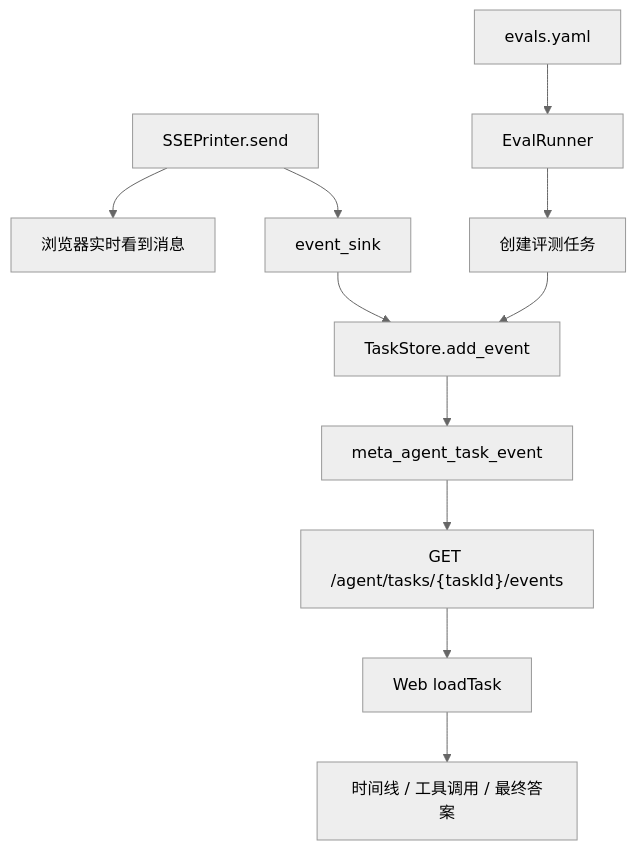
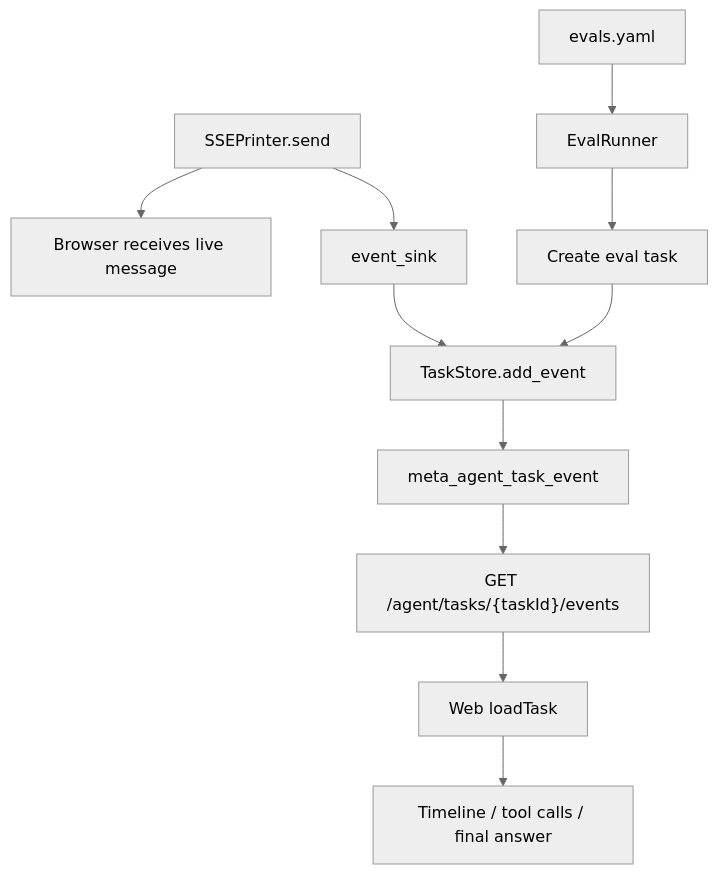
Diagram 14 of 18 in README.md (youkuxiaobin/task-pilot-agent), drawn with Mermaid (neutral theme) before and after one commit. The commit also changed other lines of this file and 1 other file, not shown here.

````diff
--- a/README.md
+++ b/README.md
@@ -279,13 +296,13 @@
 ```mermaid
 flowchart TD
-  A["SSEPrinter.send"] --> B["浏览器实时看到消息"]
+  A["SSEPrinter.send"] --> B["Browser receives live message"]
   A --> C["event_sink"]
   C --> D["TaskStore.add_event"]
   D --> E["meta_agent_task_event"]
   E --> F["GET /agent/tasks/{taskId}/events"]
   F --> G["Web loadTask"]
-  G --> H["时间线 / 工具调用 / 最终答案"]
+  G --> H["Timeline / tool calls / final answer"]
   I["evals.yaml"] --> J["EvalRunner"]
-  J --> K["创建评测任务"]
+  J --> K["Create eval task"]
   K --> D
 ```
````
